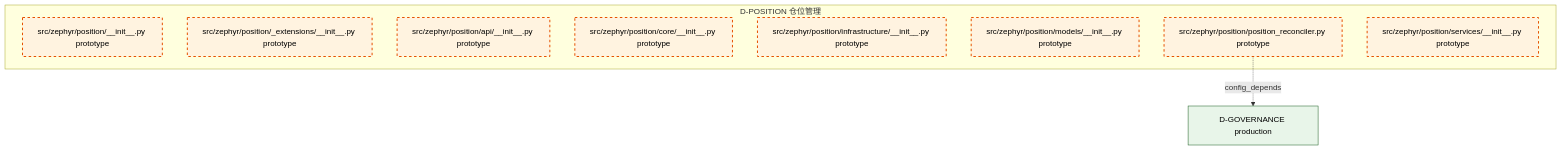
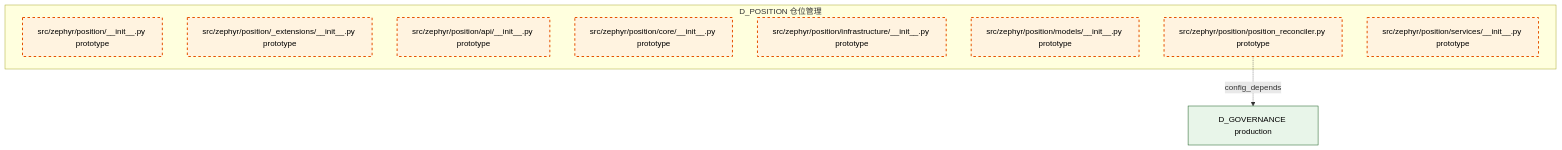
Before and after one commit to xuanFelixVan/ZephyrAlpha: the diagram in docs/02_enterprise_architecture/02_domain_architecture_docs/46_d_position.md, drawn with Mermaid. The commit also changed other lines of this file and 106 other files, not shown here.

````diff
--- a/docs/02_enterprise_architecture/02_domain_architecture_docs/46_d_position.md
+++ b/docs/02_enterprise_architecture/02_domain_architecture_docs/46_d_position.md
@@ -47,21 +47,21 @@
 ```mermaid
 graph TD
-    subgraph D_POSITION["D-POSITION 仓位管理"]
+    subgraph D_POSITION["D_POSITION 仓位管理"]
         src_zephyr_position_init_py["src/zephyr/position/__init__.py prototype"]
         src_zephyr_position_extensions_init_py["src/zephyr/position/_extensions/__init__.py prototype"]
         src_zephyr_position_api_init_py["src/zephyr/position/api/__init__.py prototype"]
         src_zephyr_position_core_init_py["src/zephyr/position/core/__init__.py prototype"]
         src_zephyr_position_infrastructure_init_py["src/zephyr/position/infrastructure/__init__.py prototype"]
         src_zephyr_position_models_init_py["src/zephyr/position/models/__init__.py prototype"]
         src_zephyr_position_position_reconciler_py["src/zephyr/position/position_reconciler.py prototype"]
         src_zephyr_position_services_init_py["src/zephyr/position/services/__init__.py prototype"]
     end
-    D_GOVERNANCE["D-GOVERNANCE production"]
+    D_GOVERNANCE["D_GOVERNANCE production"]
     src_zephyr_position_position_reconciler_py -.->|config_depends| D_GOVERNANCE
     classDef production fill:#e1f5fe,stroke:#01579b,stroke-width:2px,color:#000
     classDef design fill:#fff3e0,stroke:#e65100,stroke-width:2px,color:#000,stroke-dasharray: 5 5
     classDef external_prod fill:#e8f5e9,stroke:#1b5e20,stroke-width:1px,color:#000
     classDef external_design fill:#fce4ec,stroke:#880e4f,stroke-width:1px,color:#000,stroke-dasharray: 5 5
     class src_zephyr_position_init_py,src_zephyr_position_extensions_init_py,src_zephyr_position_api_init_py,src_zephyr_position_core_init_py,src_zephyr_position_infrastructure_init_py,src_zephyr_position_models_init_py,src_zephyr_position_position_reconciler_py,src_zephyr_position_services_init_py design
     class D_GOVERNANCE external_prod
 ```
````
